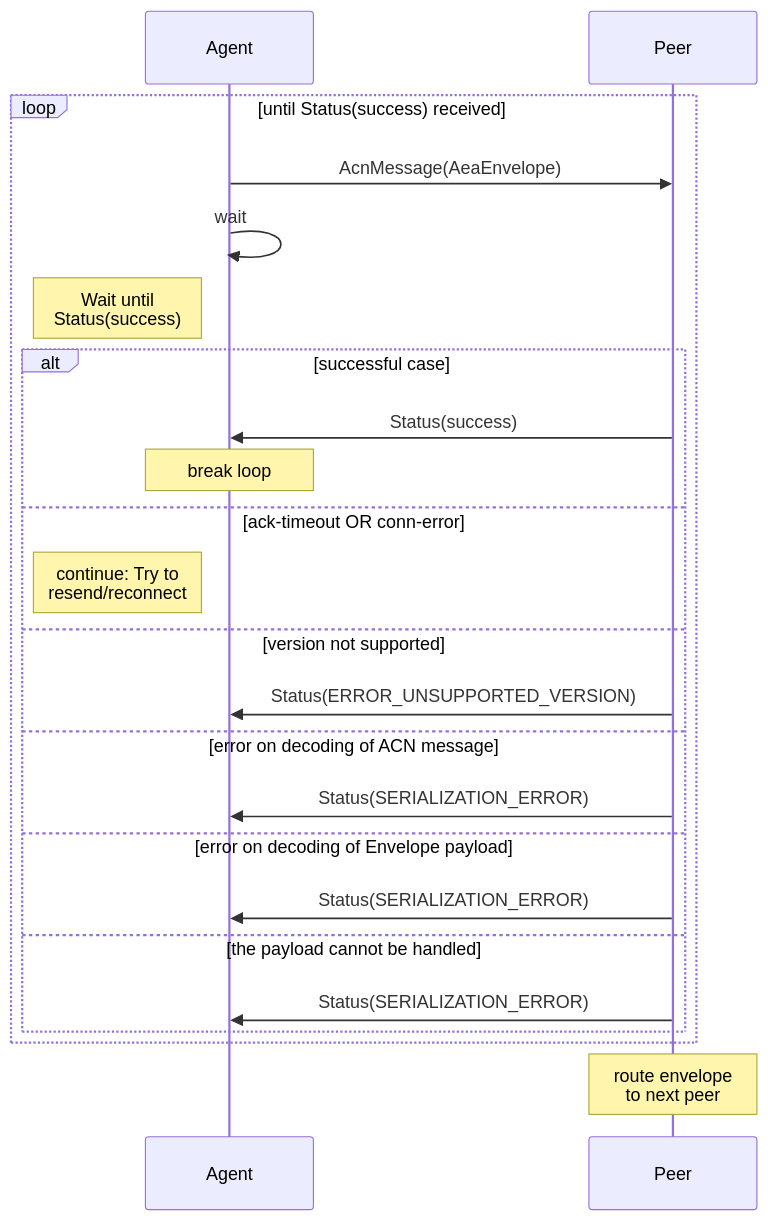
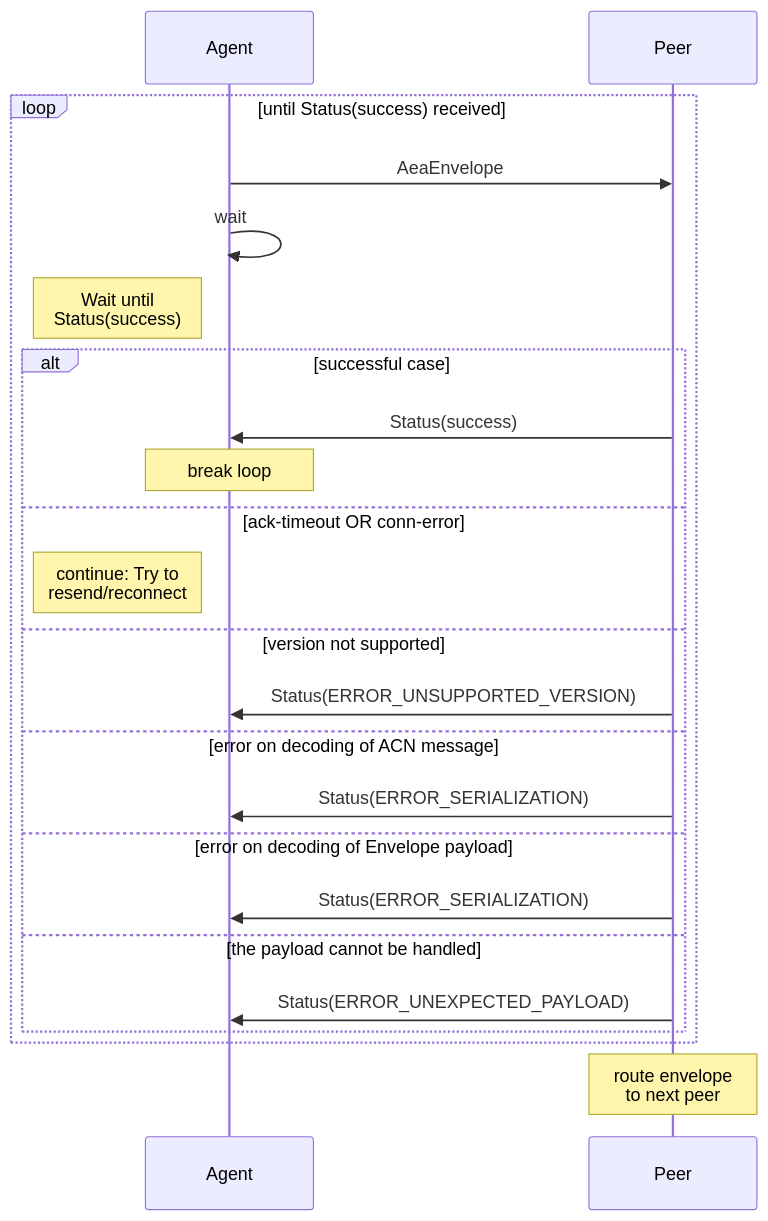
The sixth of 17 diagrams in docs/acn-internals.md (legendarydeveloper919/agents-aea), drawn with Mermaid before and after one commit. The commit also changed other lines of this file, not shown here.

Commit message:
docs: add ACN protocol intractions diagrams

```diff
--- a/docs/acn-internals.md
+++ b/docs/acn-internals.md
@@ -294,25 +358,25 @@
 <div class="mermaid">
     sequenceDiagram
         participant Agent
         participant Peer
         loop until Status(success) received
-            Agent->>Peer: AcnMessage(AeaEnvelope)
+            Agent->>Peer: AeaEnvelope
             Agent->>Agent: wait
             note left of Agent: Wait until<br/>Status(success)
             alt successful case
                 Peer->>Agent: Status(success)
                 note over Agent: break loop
             else ack-timeout OR conn-error
                 note left of Agent: continue: Try to<br/>resend/reconnect
             else version not supported
                 Peer->>Agent: Status(ERROR_UNSUPPORTED_VERSION)
             else error on decoding of ACN message
-                Peer->>Agent: Status(SERIALIZATION_ERROR)
+                Peer->>Agent: Status(ERROR_SERIALIZATION)
             else error on decoding of Envelope payload
-                Peer->>Agent: Status(SERIALIZATION_ERROR)
+                Peer->>Agent: Status(ERROR_SERIALIZATION)
             else the payload cannot be handled
-                Peer->>Agent: Status(SERIALIZATION_ERROR)
+                Peer->>Agent: Status(ERROR_UNEXPECTED_PAYLOAD)
             end
         end
         note over Peer: route envelope<br/>to next peer
 </div>
```
